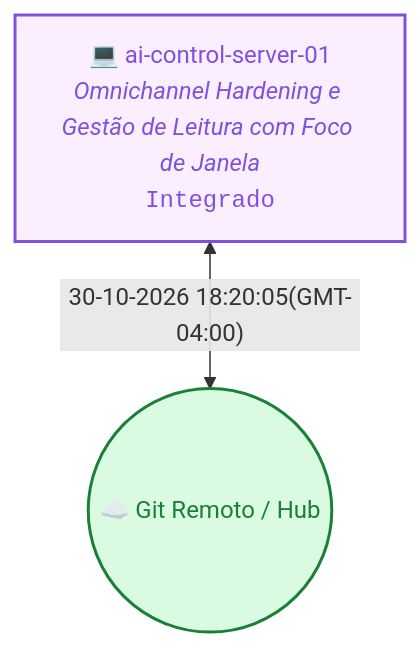
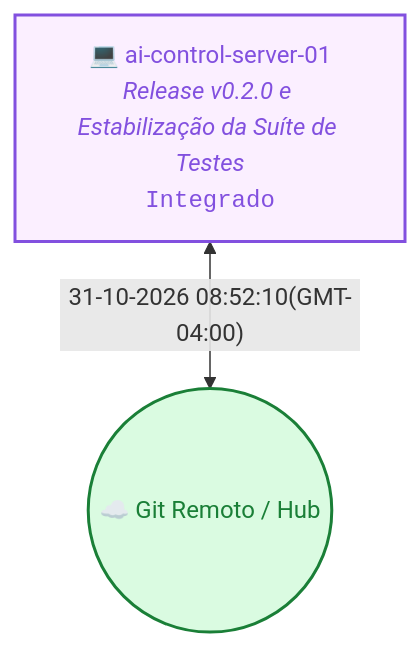
One commit to andreticba/ai-control-context changed the diagram in README.md. Above: the diagram before and after it, drawn with Mermaid. The commit also changed other lines of this file and 11 other files, not shown here.

````diff
--- a/README.md
+++ b/README.md
@@ -20,8 +20,8 @@
 ```mermaid
 flowchart TD
   Cloud(("☁️ Git Remoto / Hub"))
-  M_c01fdc4a["💻 ai-control-server-01<br/><i>Omnichannel Hardening e Gestão de Leitura com Foco de Janela</i><br/><code>Integrado</code>"]
-  M_c01fdc4a <-->|"30-10-2026 18:20:05(GMT-04:00)"| Cloud
+  M_c01fdc4a["💻 ai-control-server-01<br/><i>Release v0.2.0 e Estabilização da Suíte de Testes</i><br/><code>Integrado</code>"]
+  M_c01fdc4a <-->|"31-10-2026 08:52:10(GMT-04:00)"| Cloud
   style M_c01fdc4a stroke:#8250df,stroke-width:2px,fill:#fbefff,color:#8250df
   style Cloud stroke:#1a7f37,stroke-width:2px,fill:#dafbe1,color:#1a7f37
 ```
````
